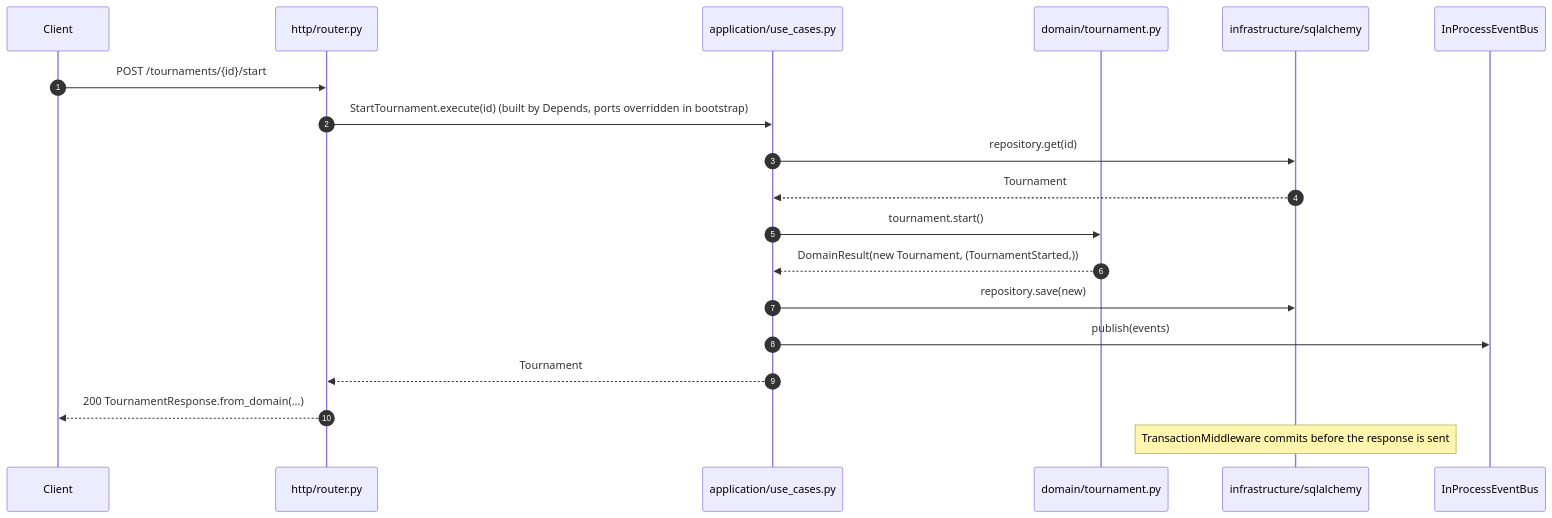
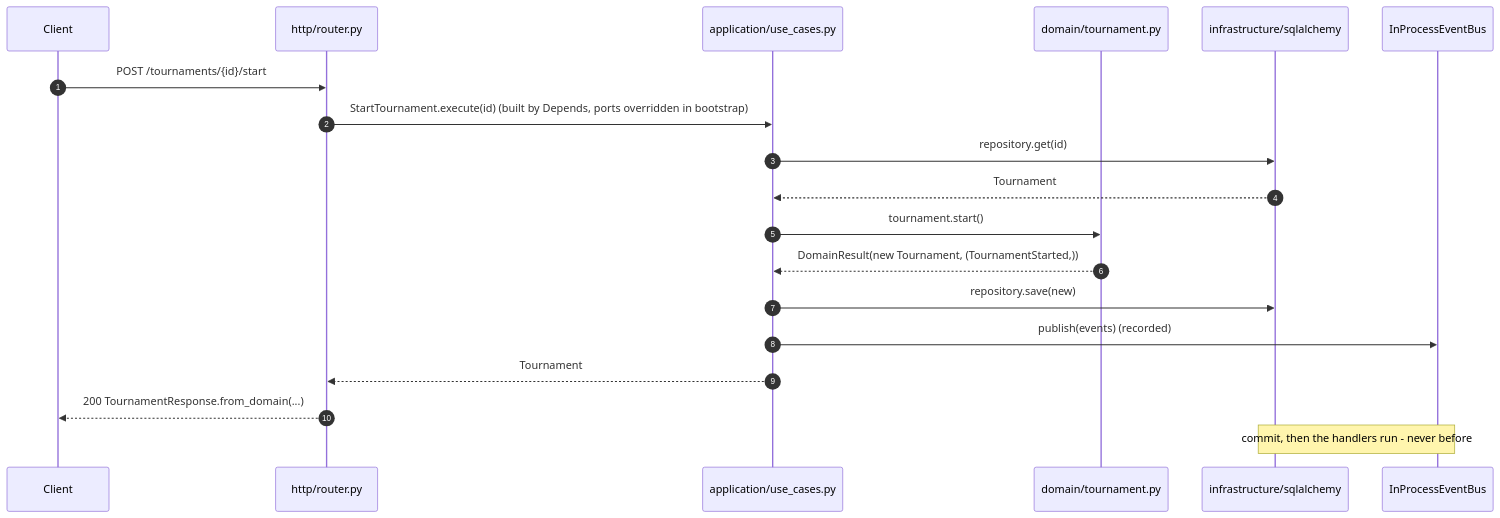
Before and after one commit to davidcohenDC/python-clean-architecture-template: the second of 2 diagrams in README.md, drawn with Mermaid. The commit also changed other lines of this file and 12 other files, not shown here.

First line of the commit message:
fix: dispatch domain events only after the transaction committed

````diff
--- a/README.md
+++ b/README.md
@@ -92,21 +92,21 @@
 ```mermaid
 sequenceDiagram
     autonumber
     participant C as Client
     participant R as http/router.py
     participant U as application/use_cases.py
     participant T as domain/tournament.py
     participant P as infrastructure/sqlalchemy
     participant E as InProcessEventBus
     C->>R: POST /tournaments/{id}/start
     R->>U: StartTournament.execute(id)   (built by Depends, ports overridden in bootstrap)
     U->>P: repository.get(id)
     P-->>U: Tournament
     U->>T: tournament.start()
     T-->>U: DomainResult(new Tournament, (TournamentStarted,))
     U->>P: repository.save(new)
-    U->>E: publish(events)
+    U->>E: publish(events)   (recorded)
     U-->>R: Tournament
     R-->>C: 200 TournamentResponse.from_domain(...)
-    Note over P: TransactionMiddleware commits before the response is sent
+    Note over P,E: commit, then the handlers run - never before
 ```
````
